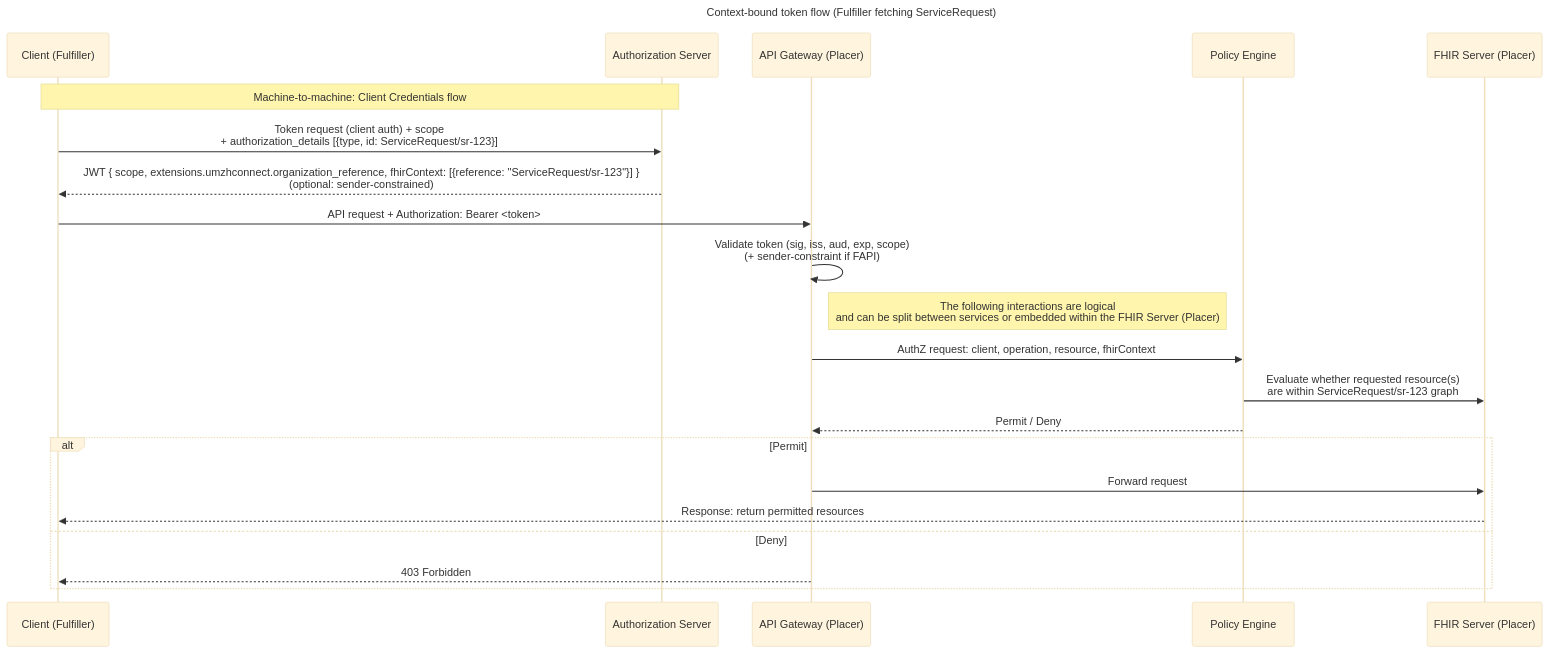
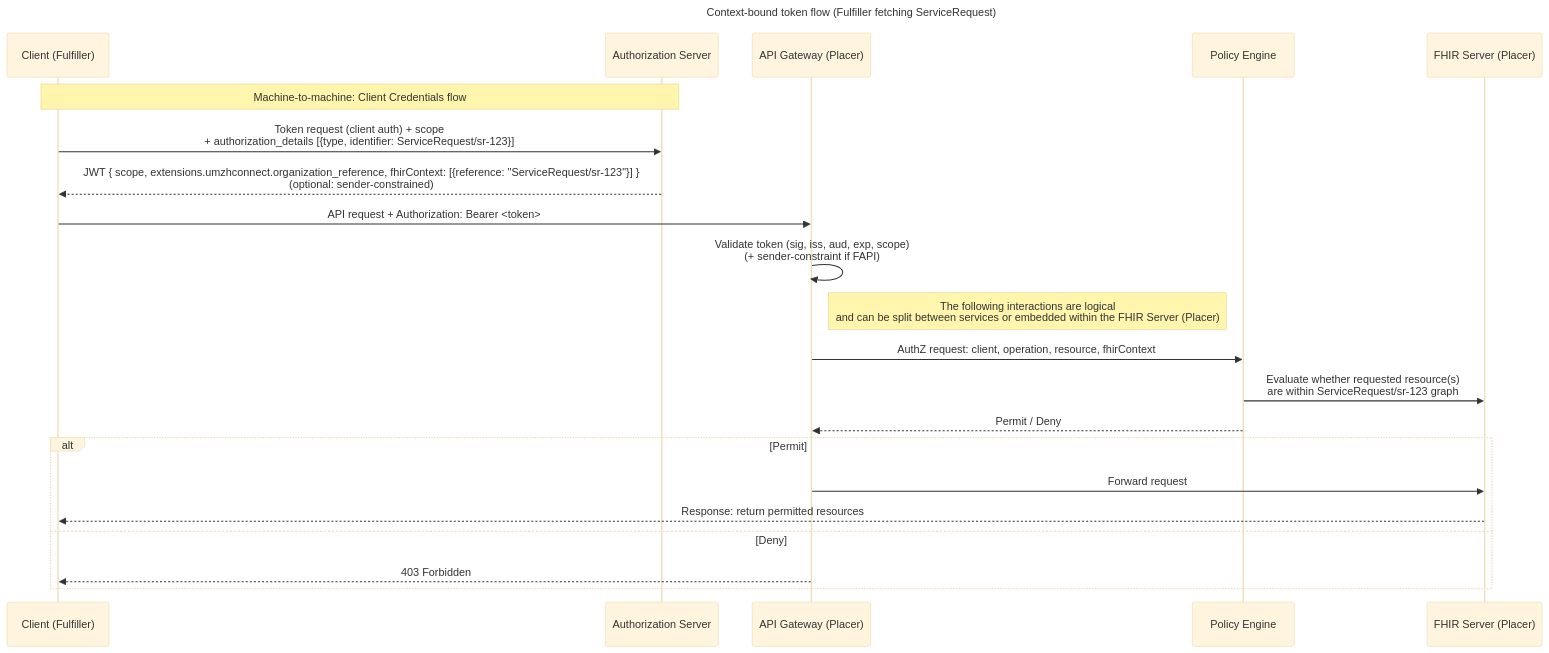
The second of 3 diagrams in input/pagecontent/security.md (umzhconnect/umzhconnect-ig), drawn with Mermaid (base theme) before and after one commit. The commit also changed other lines of this file, not shown here.

Commit message:
adjusted identifers

````diff
--- a/input/pagecontent/security.md
+++ b/input/pagecontent/security.md
@@ -174,27 +174,27 @@
 ```mermaid
 sequenceDiagram
   title Context-bound token flow (Fulfiller fetching ServiceRequest)
 
   participant C as Client (Fulfiller)
   participant AS as Authorization Server
   participant AG as API Gateway (Placer)
   participant PE as Policy Engine
   participant FHIR as FHIR Server (Placer)
 
   Note over C,AS: Machine-to-machine: Client Credentials flow
-  C->>AS: Token request (client auth) + scope<br/>+ authorization_details [{type, id: ServiceRequest/sr-123}]
+  C->>AS: Token request (client auth) + scope<br/>+ authorization_details [{type, identifier: ServiceRequest/sr-123}]
   AS-->>C: JWT { scope, extensions.umzhconnect.organization_reference, fhirContext: [{reference: "ServiceRequest/sr-123"}] }<br/>(optional: sender-constrained)
 
   C->>AG: API request + Authorization: Bearer <token>
   AG->>AG: Validate token (sig, iss, aud, exp, scope)<br/>(+ sender-constraint if FAPI)
   Note right of AG: The following interactions are logical <br> and can be split between services or embedded within the FHIR Server (Placer)
   AG->>PE: AuthZ request: client, operation, resource, fhirContext
   PE->>FHIR: Evaluate whether requested resource(s)<br/>are within ServiceRequest/sr-123 graph
   PE-->>AG: Permit / Deny
   alt Permit
     AG->>FHIR: Forward request
     FHIR-->>C: Response: return permitted resources
   else Deny
     AG-->>C: 403 Forbidden
   end
 ```
````
